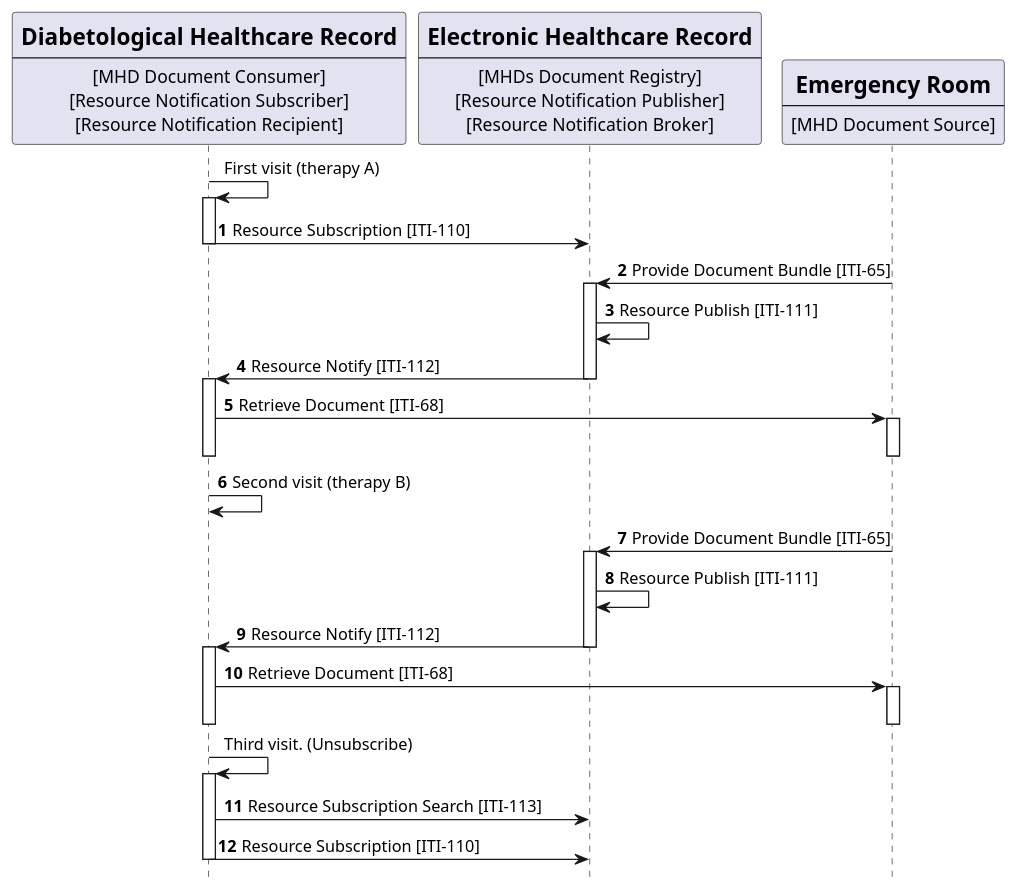
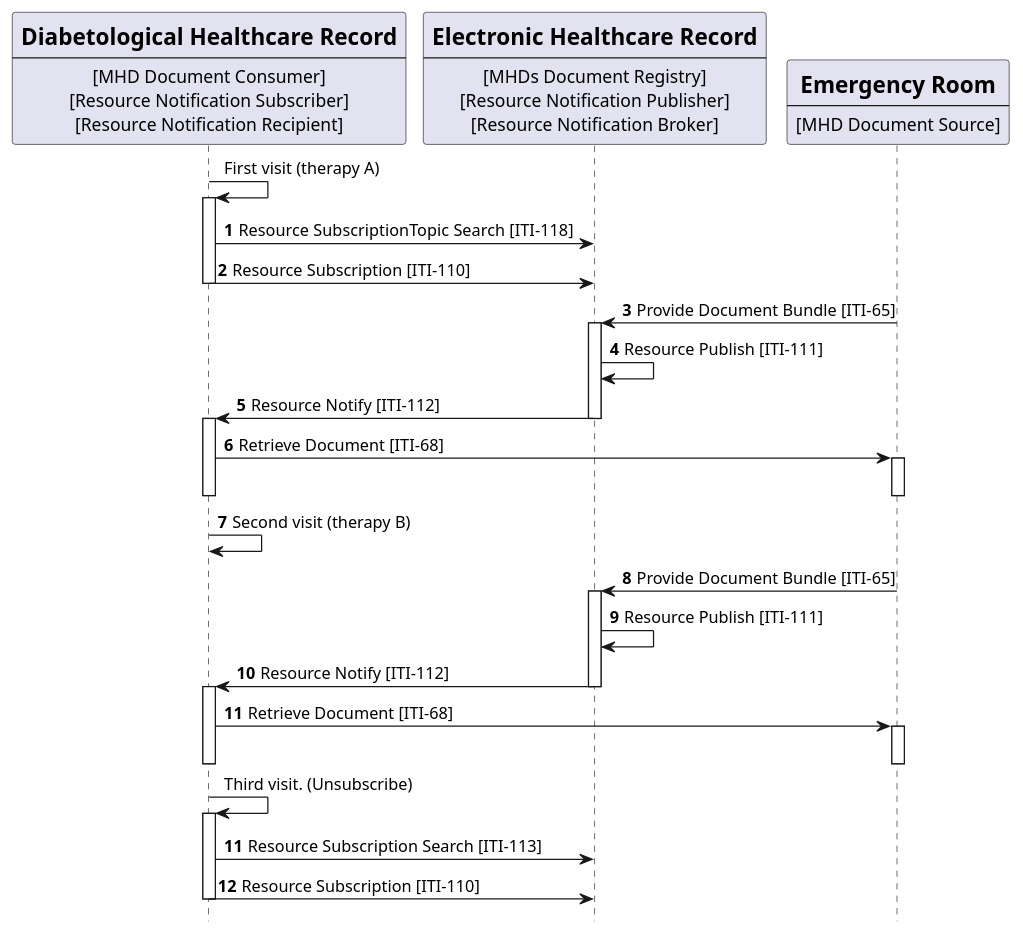
The diagram in input/images-source/usecase2-processflow.plantuml (IHE/ITI.DSUBm), drawn with PlantUML before and after one commit. The commit also changed 8 other files, not shown here.

```diff
--- a/input/images-source/usecase2-processflow.plantuml
+++ b/input/images-source/usecase2-processflow.plantuml
@@ -1,69 +1,70 @@
 @startuml
 skinparam svgDimensionStyle false
 hide footbox
 /'title "Folder Subscription with DSUBm on MHDs infrastructure" '/
 
 participant DHR [
     = Diabetological Healthcare Record
     ----
     [MHD Document Consumer]
     [Resource Notification Subscriber]
     [Resource Notification Recipient]
 ] 
 
 
 
 participant Central [
     =Electronic Healthcare Record
     ----
     [MHDs Document Registry]
     [Resource Notification Publisher]
     [Resource Notification Broker]
 ] 
 
 participant ER [
     =Emergency Room
     ----
     [MHD Document Source]
 ] 
 
 
 
 
 DHR -> DHR: First visit (therapy A)
 autonumber "<b>"
 activate DHR
-DHR -> Central:  Resource Subscription [ITI-110]
+DHR -> Central: Resource SubscriptionTopic Search [ITI-118]
+DHR -> Central: Resource Subscription [ITI-110]
 deactivate DHR
 ER->Central:  Provide Document Bundle [ITI-65]
 activate Central 
 Central -> Central: Resource Publish [ITI-111]
 Central -> DHR: Resource Notify [ITI-112]
 deactivate Central
 activate DHR
 DHR -> ER: Retrieve Document [ITI-68]
 activate ER
 deactivate ER
 deactivate DHR 
 
 DHR -> DHR: Second visit (therapy B)
 ER->Central:  Provide Document Bundle [ITI-65]
 activate Central 
 Central -> Central: Resource Publish [ITI-111]
 Central -> DHR: Resource Notify [ITI-112]
 deactivate Central
 activate DHR
 
 DHR -> ER: Retrieve Document [ITI-68]
 activate ER
 deactivate ER
 deactivate DHR 
 autonumber stop 
 DHR -> DHR: Third visit. (Unsubscribe)
 activate DHR
 autonumber 11 "<b>"
 DHR -> Central: Resource Subscription Search [ITI-113]
 DHR -> Central: Resource Subscription [ITI-110]	
 deactivate DHR
 
 @enduml
```
